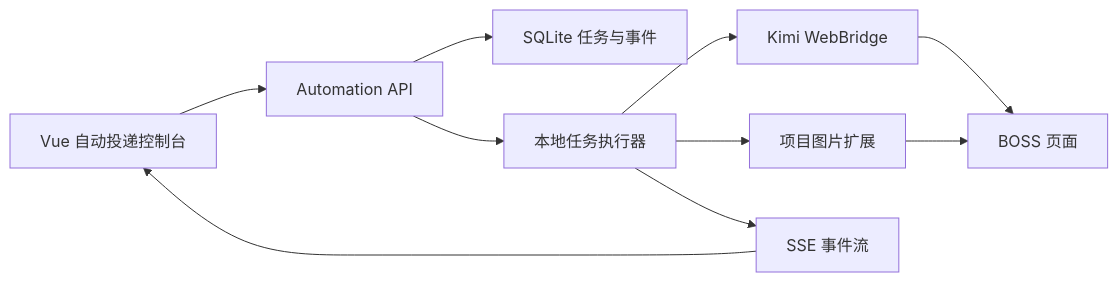
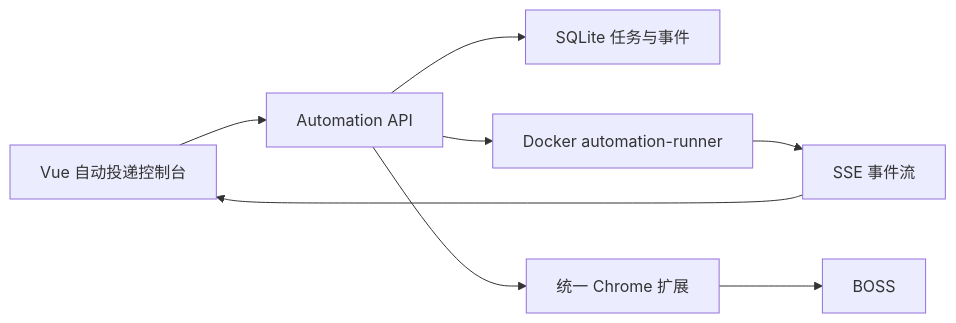
The second of 2 diagrams in docs/PRODUCTIZATION_ROADMAP.md (a764506248/Job-Search-Assistant), drawn with Mermaid before and after one commit. The commit also changed other lines of this file and 93 other files, not shown here.

````diff
--- a/docs/PRODUCTIZATION_ROADMAP.md
+++ b/docs/PRODUCTIZATION_ROADMAP.md
@@ -180,12 +176,10 @@
 ```mermaid
 flowchart LR
     UI["Vue 自动投递控制台"] --> API["Automation API"]
     API --> DB["SQLite 任务与事件"]
-    API --> RUNNER["本地任务执行器"]
-    RUNNER --> KIMI["Kimi WebBridge"]
-    RUNNER --> EXT["项目图片扩展"]
-    KIMI --> BOSS["BOSS 页面"]
+    API --> RUNNER["Docker automation-runner"]
+    API --> EXT["统一 Chrome 扩展"]
     EXT --> BOSS
     RUNNER --> EVENTS["SSE 事件流"]
     EVENTS --> UI
 ```
````
